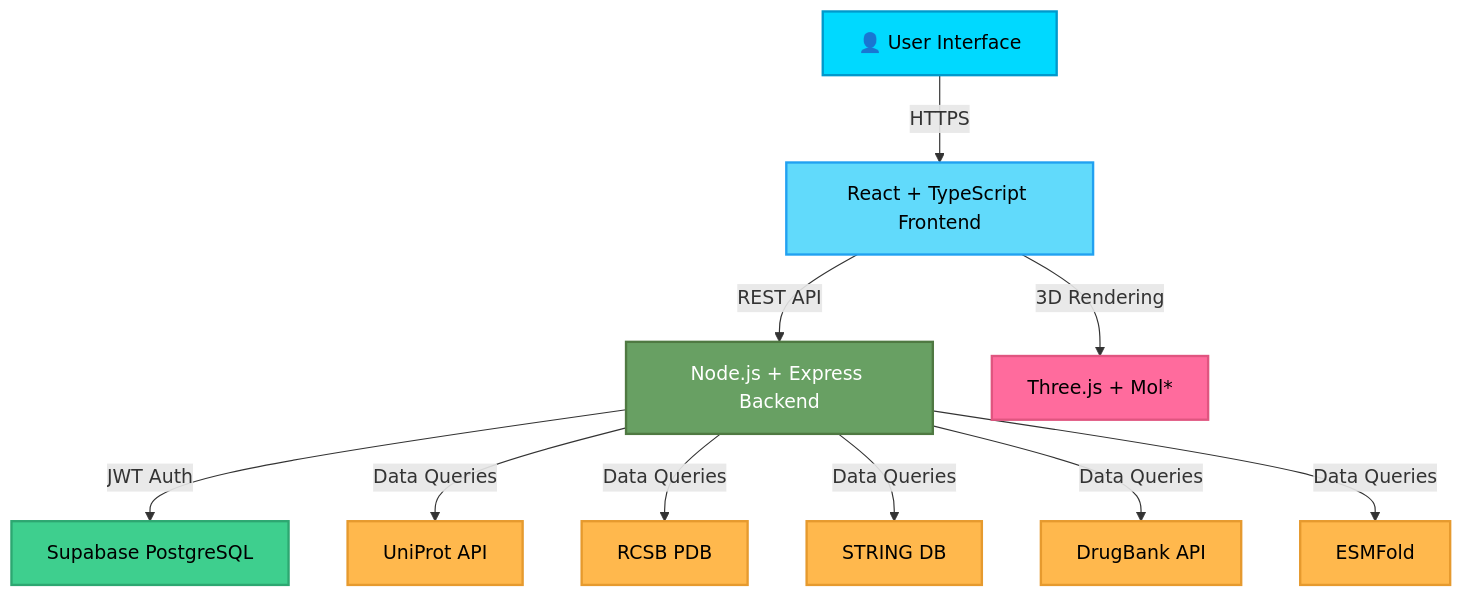
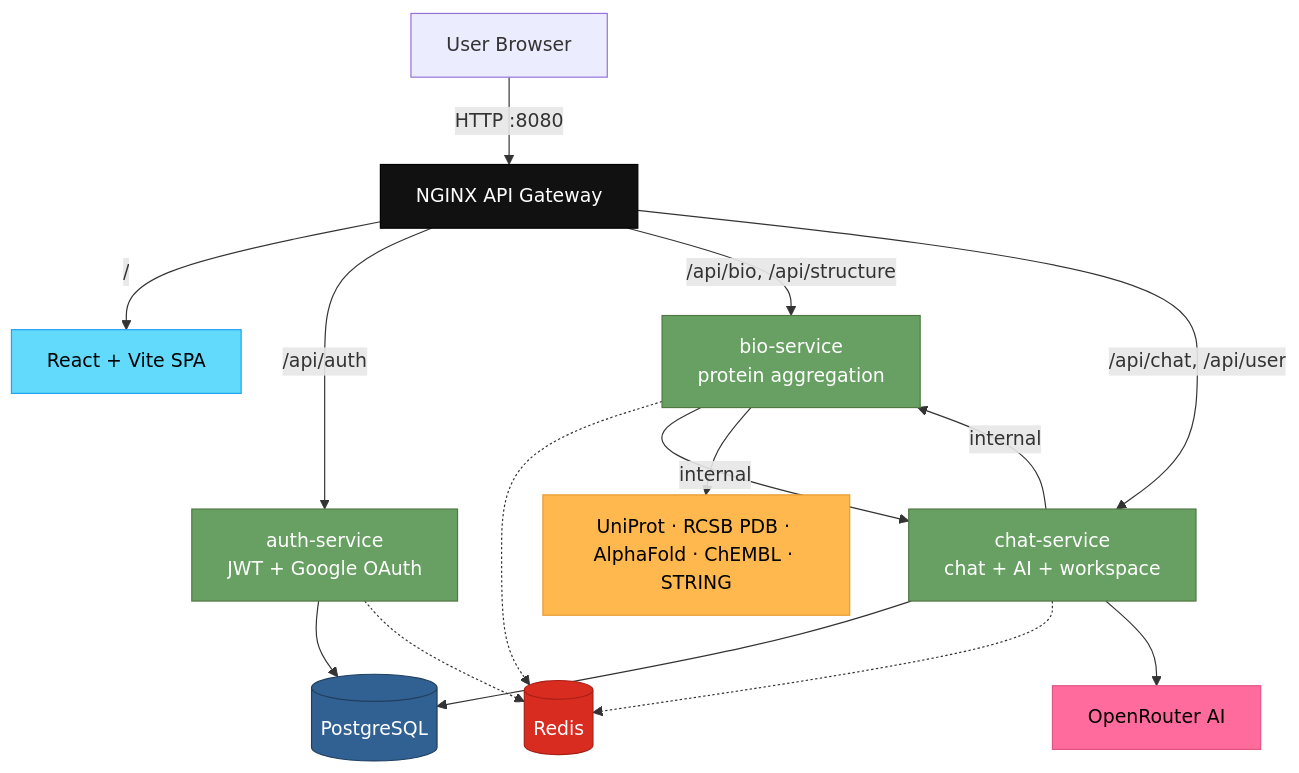
Before and after one commit to saiprasad367/SmartBioGPT: the first of 4 diagrams in README.md, drawn with Mermaid. The commit also changed other lines of this file and 110 other files, not shown here.

Commit message:
refactor: complete distributed microservices architecture, dockerization, and frontend integrations

````diff
--- a/README.md
+++ b/README.md
@@ -69,23 +72,27 @@
 ```mermaid
 graph TD
-    A[👤 User Interface] -->|HTTPS| B[React + TypeScript Frontend]
-    B -->|REST API| C[Node.js + Express Backend]
-    C -->|JWT Auth| D[Supabase PostgreSQL]
-    C -->|Data Queries| E[UniProt API]
-    C -->|Data Queries| F[RCSB PDB]
-    C -->|Data Queries| G[STRING DB]
-    C -->|Data Queries| H[DrugBank API]
-    C -->|Data Queries| I[ESMFold]
-    B -->|3D Rendering| J[Three.js + Mol*]
-    
-    style A fill:#00D9FF,stroke:#0099CC,stroke-width:2px,color:#000
-    style B fill:#61DAFB,stroke:#21A1F1,stroke-width:2px,color:#000
-    style C fill:#68A063,stroke:#4F7942,stroke-width:2px,color:#fff
-    style D fill:#3ECF8E,stroke:#2DA771,stroke-width:2px,color:#000
-    style E fill:#FFB84D,stroke:#E69A2E,stroke-width:2px,color:#000
-    style F fill:#FFB84D,stroke:#E69A2E,stroke-width:2px,color:#000
-    style G fill:#FFB84D,stroke:#E69A2E,stroke-width:2px,color:#000
-    style H fill:#FFB84D,stroke:#E69A2E,stroke-width:2px,color:#000
-    style I fill:#FFB84D,stroke:#E69A2E,stroke-width:2px,color:#000
-    style J fill:#FF6B9D,stroke:#E05580,stroke-width:2px,color:#000
+    U[User Browser] -->|HTTP :8080| GW[NGINX API Gateway]
+    GW -->|/| FE[React + Vite SPA]
+    GW -->|/api/auth| AUTH[auth-service<br/>JWT + Google OAuth]
+    GW -->|/api/bio, /api/structure| BIO[bio-service<br/>protein aggregation]
+    GW -->|/api/chat, /api/user| CHAT[chat-service<br/>chat + AI + workspace]
+    AUTH --> PG[(PostgreSQL)]
+    CHAT --> PG
+    AUTH -.-> RS[(Redis)]
+    BIO -.-> RS
+    CHAT -.-> RS
+    BIO -->|internal| CHAT
+    CHAT -->|internal| BIO
+    BIO --> EXT[UniProt · RCSB PDB · AlphaFold · ChEMBL · STRING]
+    CHAT --> AI[OpenRouter AI]
+
+    style GW fill:#111,stroke:#000,color:#fff
+    style FE fill:#61DAFB,stroke:#21A1F1,color:#000
+    style AUTH fill:#68A063,stroke:#4F7942,color:#fff
+    style BIO fill:#68A063,stroke:#4F7942,color:#fff
+    style CHAT fill:#68A063,stroke:#4F7942,color:#fff
+    style PG fill:#316192,stroke:#1F3F5F,color:#fff
+    style RS fill:#D82C20,stroke:#A81E15,color:#fff
+    style EXT fill:#FFB84D,stroke:#E69A2E,color:#000
+    style AI fill:#FF6B9D,stroke:#E05580,color:#000
 ```
````
